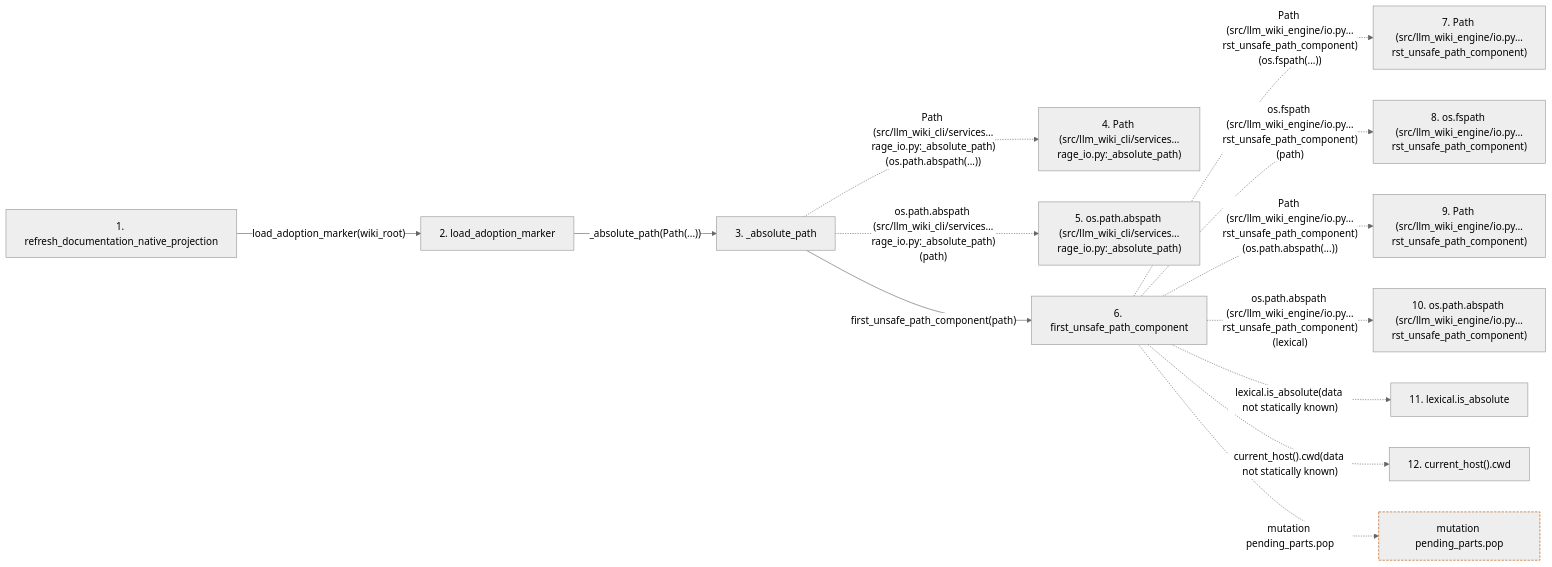
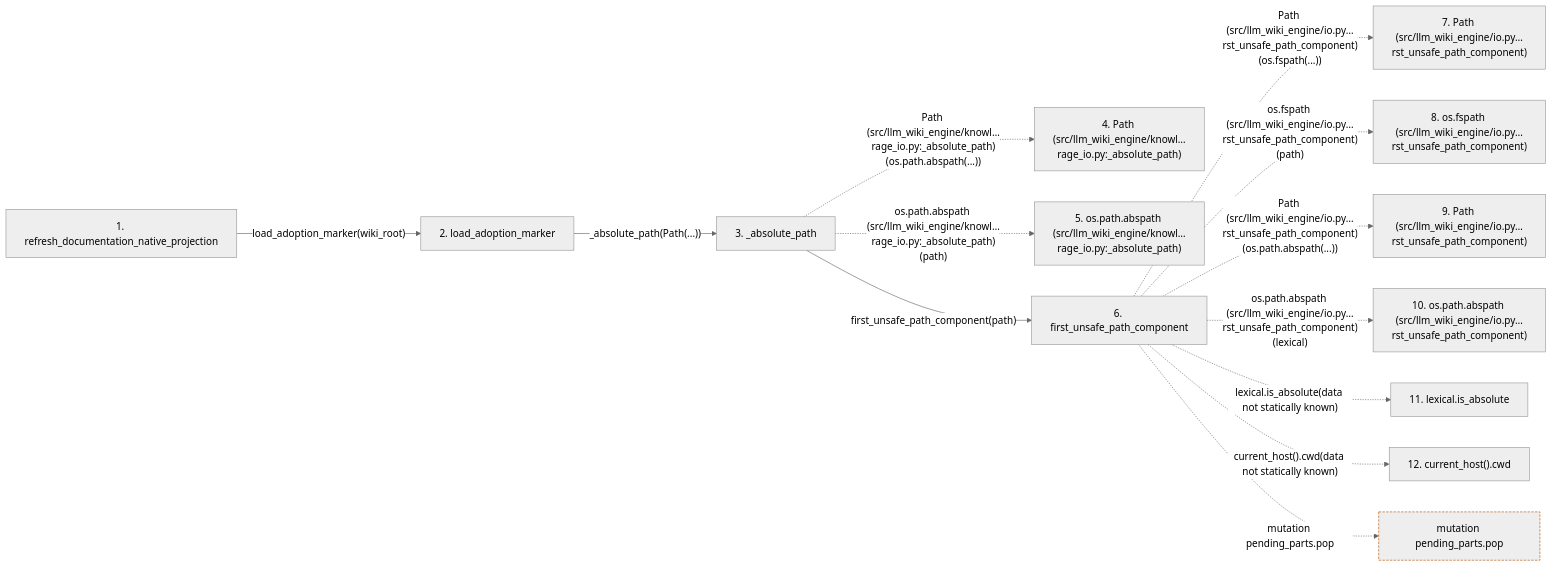
Before and after one commit to Denissvgn/python-wiki-llm: the second of 2 diagrams in docs/llm_wiki/flows/api-refresh_documentation_native_projection.md, drawn with Mermaid (neutral theme). The commit also changed other lines of this file and 1058 other files, not shown here.

````diff
--- a/docs/llm_wiki/flows/api-refresh_documentation_native_projection.md
+++ b/docs/llm_wiki/flows/api-refresh_documentation_native_projection.md
@@ -212,34 +212,34 @@
 ```mermaid
 flowchart LR
     s1["1. refresh_documentation_native_projection"]
     s2["2. load_adoption_marker"]
     s3["3. _absolute_path"]
-    s4["4. Path (src/llm_wiki_cli/services…rage_io.py:_absolute_path)"]
-    s5["5. os.path.abspath (src/llm_wiki_cli/services…rage_io.py:_absolute_path)"]
+    s4["4. Path (src/llm_wiki_engine/knowl…rage_io.py:_absolute_path)"]
+    s5["5. os.path.abspath (src/llm_wiki_engine/knowl…rage_io.py:_absolute_path)"]
     s6["6. first_unsafe_path_component"]
     s7["7. Path (src/llm_wiki_engine/io.py…rst_unsafe_path_component)"]
     s8["8. os.fspath (src/llm_wiki_engine/io.py…rst_unsafe_path_component)"]
     s9["9. Path (src/llm_wiki_engine/io.py…rst_unsafe_path_component)"]
     s10["10. os.path.abspath (src/llm_wiki_engine/io.py…rst_unsafe_path_component)"]
     s11["11. lexical.is_absolute"]
     s12["12. current_host().cwd"]
     s1 -->|"load_adoption_marker(wiki_root)"| s2
     s2 -->|"_absolute_path(Path(...))"| s3
-    s3 -. "Path (src/llm_wiki_cli/services…rage_io.py:_absolute_path)(os.path.abspath(...))" .-> s4
-    s3 -. "os.path.abspath (src/llm_wiki_cli/services…rage_io.py:_absolute_path)(path)" .-> s5
+    s3 -. "Path (src/llm_wiki_engine/knowl…rage_io.py:_absolute_path)(os.path.abspath(...))" .-> s4
+    s3 -. "os.path.abspath (src/llm_wiki_engine/knowl…rage_io.py:_absolute_path)(path)" .-> s5
     s3 -->|"first_unsafe_path_component(path)"| s6
     s6 -. "Path (src/llm_wiki_engine/io.py…rst_unsafe_path_component)(os.fspath(...))" .-> s7
     s6 -. "os.fspath (src/llm_wiki_engine/io.py…rst_unsafe_path_component)(path)" .-> s8
     s6 -. "Path (src/llm_wiki_engine/io.py…rst_unsafe_path_component)(os.path.abspath(...))" .-> s9
     s6 -. "os.path.abspath (src/llm_wiki_engine/io.py…rst_unsafe_path_component)(lexical)" .-> s10
     s6 -. "lexical.is_absolute(data not statically known)" .-> s11
     s6 -. "current_host().cwd(data not statically known)" .-> s12
     b0["mutation pending_parts.pop"]
     s6 -. "mutation pending_parts.pop" .-> b0
     click s1 "../modules/documentation_native.md"
     click s2 "../modules/maintenance_protocol.md"
     click s3 "../modules/knowledge_storage_io.md"
     click s6 "../modules/io.md"
     classDef boundary stroke:#b45309,stroke-dasharray: 4 2
     class b0 boundary
 ```
````
